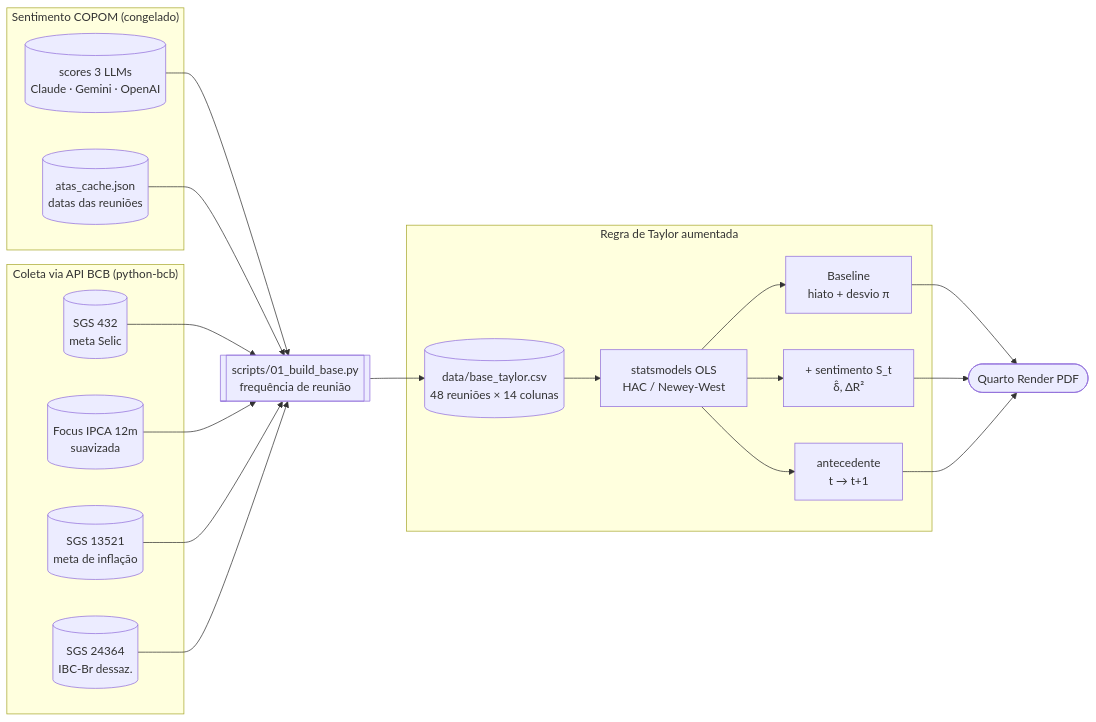
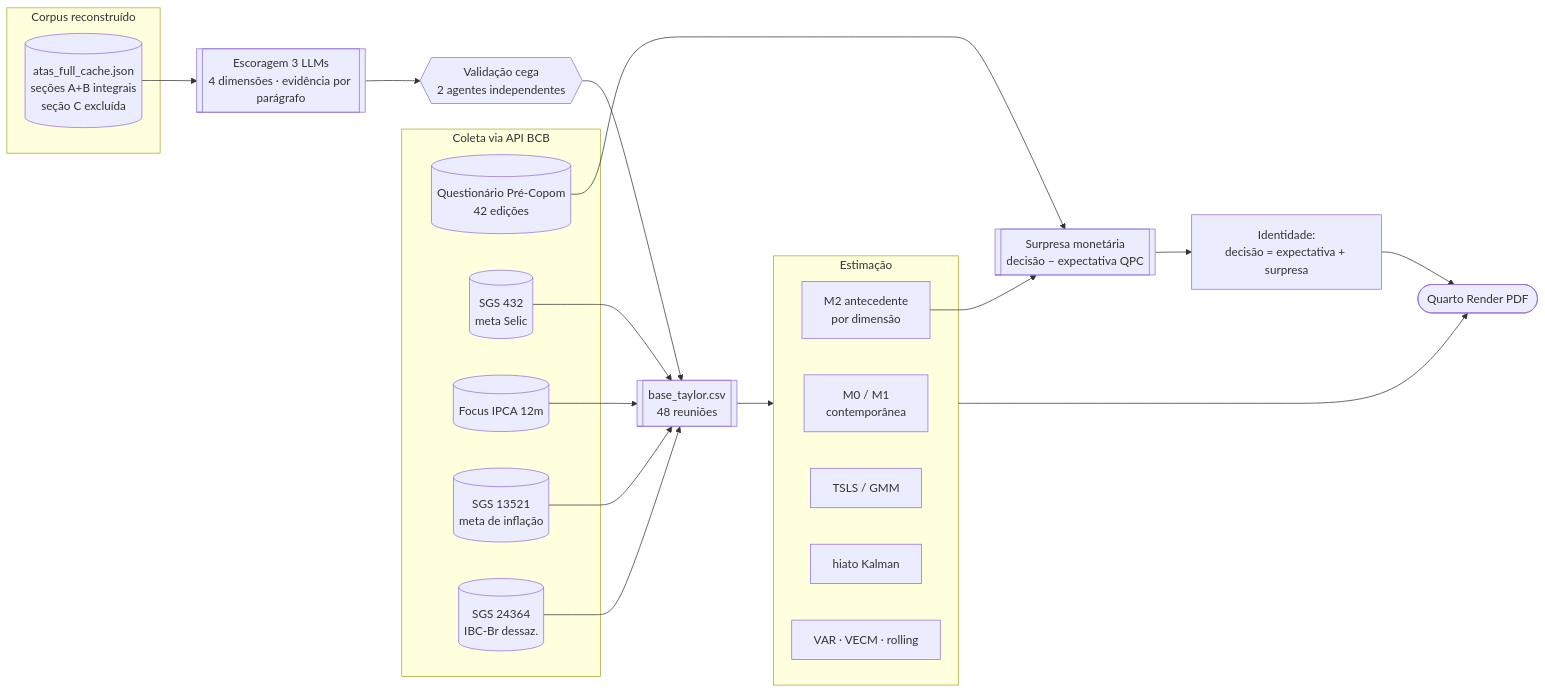
The diagram in projetos/taylor-sentimento.qmd (vitorwilher/vitorwilher.github.io), drawn with Mermaid before and after one commit. The commit also changed other lines of this file, not shown here.

First line of the commit message:
Projetos: atualiza ficha da Regra de Taylor com a reformulação do projeto

````diff
--- a/projetos/taylor-sentimento.qmd
+++ b/projetos/taylor-sentimento.qmd
@@ -71,34 +92,39 @@
 ```{mermaid}
 flowchart LR
-  subgraph Herdado["Sentimento COPOM (congelado)"]
-    SC[(scores 3 LLMs<br>Claude · Gemini · OpenAI)]
-    AT[(atas_cache.json<br>datas das reuniões)]
+  subgraph Corpus["Corpus reconstruído"]
+    ATAS[(atas_full_cache.json<br>seções A+B integrais<br>seção C excluída)]
   end
 
-  subgraph Coleta["Coleta via API BCB (python-bcb)"]
+  subgraph Coleta["Coleta via API BCB"]
     SGS432[(SGS 432<br>meta Selic)]
-    FOCUS[(Focus IPCA 12m<br>suavizada)]
+    FOCUS[(Focus IPCA 12m)]
     META[(SGS 13521<br>meta de inflação)]
     IBC[(SGS 24364<br>IBC-Br dessaz.)]
+    QPC[(Questionário Pré-Copom<br>42 edições)]
   end
 
-  SC --> BUILD
-  AT --> BUILD
+  ATAS --> SCORE[["Escoragem 3 LLMs<br>4 dimensões · evidência por parágrafo"]]
+  SCORE --> VALID{{"Validação cega<br>2 agentes independentes"}}
+  VALID --> BUILD
   SGS432 --> BUILD
   FOCUS --> BUILD
   META --> BUILD
   IBC --> BUILD
 
-  BUILD[["scripts/01_build_base.py<br>frequência de reunião"]] --> CSV[(data/base_taylor.csv<br>48 reuniões × 14 colunas)]
+  BUILD[["base_taylor.csv<br>48 reuniões"]] --> EST
 
-  subgraph Modelagem["Regra de Taylor aumentada"]
-    CSV --> OLS[statsmodels OLS<br>HAC / Newey-West]
-    OLS --> M0["Baseline<br>hiato + desvio π"]
-    OLS --> M1["+ sentimento S_t<br>δ̂, ΔR²"]
-    OLS --> M2["antecedente<br>t → t+1"]
+  subgraph EST["Estimação"]
+    M01["M0 / M1<br>contemporânea"]
+    M2["M2 antecedente<br>por dimensão"]
+    IV["TSLS / GMM"]
+    KAL["hiato Kalman"]
+    DIN["VAR · VECM · rolling"]
   end
 
-  M0 --> PDF([Quarto Render PDF])
-  M1 --> PDF
-  M2 --> PDF
+  QPC --> SURP[["Surpresa monetária<br>decisão − expectativa QPC"]]
+  M2 --> SURP
+  SURP --> DEC["Identidade:<br>decisão = expectativa + surpresa"]
+
+  EST --> PDF([Quarto Render PDF])
+  DEC --> PDF
 ```
````
